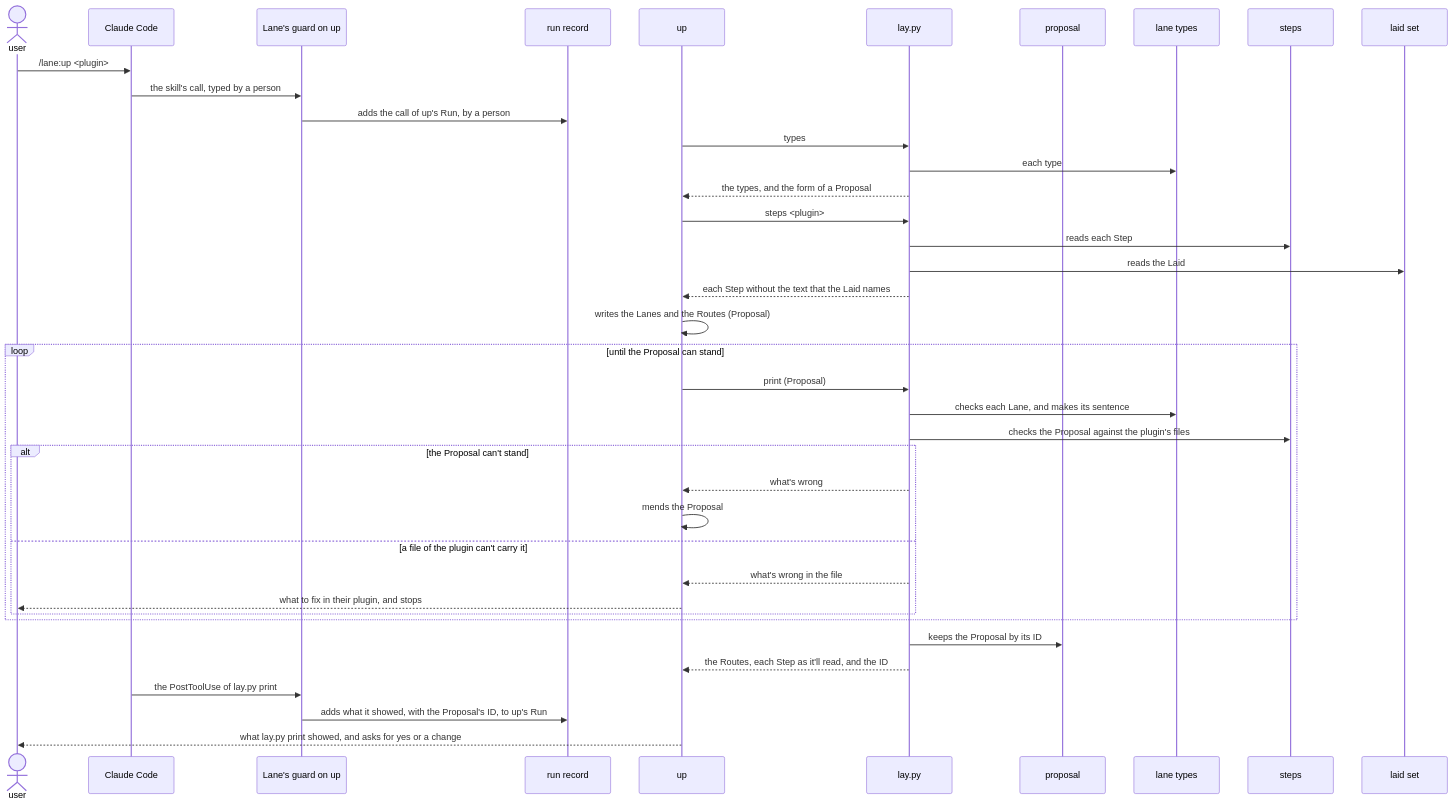
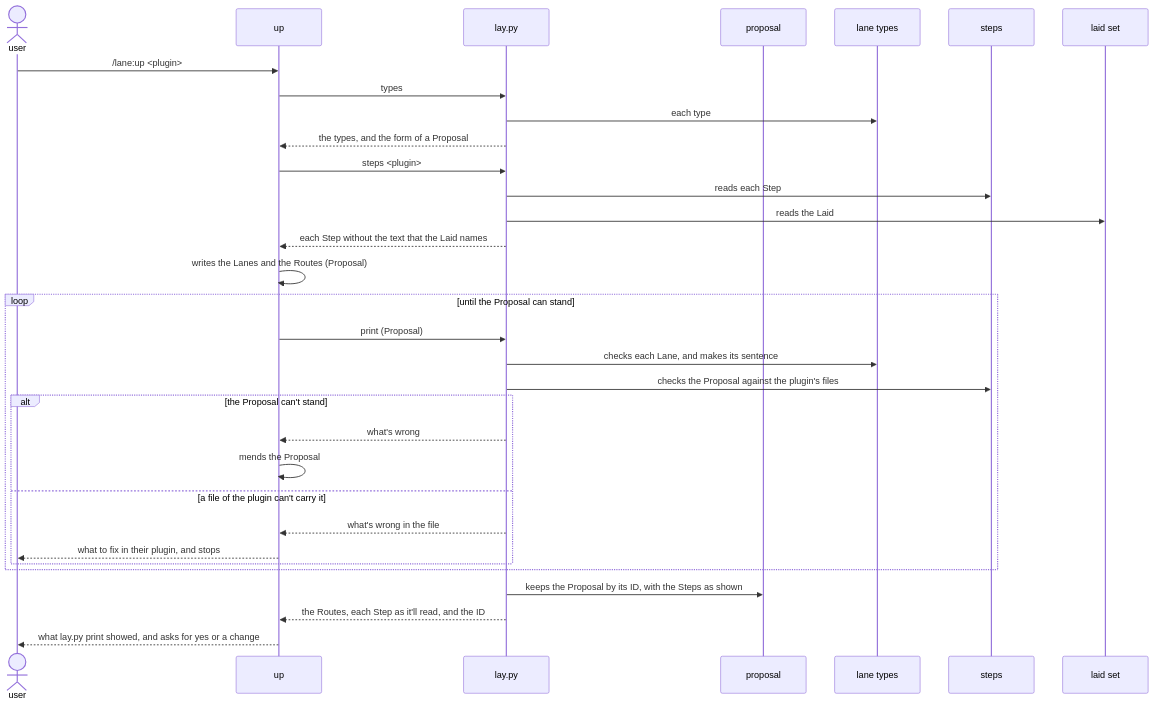
One commit to lovaizu/ccpm changed the first of 6 diagrams in dev/lane/architecture.md. Above: the diagram before and after it, drawn with Mermaid. The commit also changed other lines of this file and 4 other files, not shown here.

````diff
--- a/dev/lane/architecture.md
+++ b/dev/lane/architecture.md
@@ -216,41 +193,34 @@
 ```mermaid
 sequenceDiagram
   actor U as user
-  participant CC as Claude Code
-  participant G as Lane's guard on up
-  participant RS as run record
   participant UP as up
   participant L as lay.py
   participant P as proposal
   participant T as lane types
   participant ST as steps
   participant LS as laid set
-  U->>CC: /lane:up <plugin>
-  CC->>G: the skill's call, typed by a person
-  G->>RS: adds the call of up's Run, by a person
+  U->>UP: /lane:up <plugin>
   UP->>L: types
   L->>T: each type
   L-->>UP: the types, and the form of a Proposal
   UP->>L: steps <plugin>
   L->>ST: reads each Step
   L->>LS: reads the Laid
   L-->>UP: each Step without the text that the Laid names
   UP->>UP: writes the Lanes and the Routes (Proposal)
   loop until the Proposal can stand
     UP->>L: print (Proposal)
     L->>T: checks each Lane, and makes its sentence
     L->>ST: checks the Proposal against the plugin's files
     alt the Proposal can't stand
       L-->>UP: what's wrong
       UP->>UP: mends the Proposal
     else a file of the plugin can't carry it
       L-->>UP: what's wrong in the file
       UP-->>U: what to fix in their plugin, and stops
     end
   end
-  L->>P: keeps the Proposal by its ID
+  L->>P: keeps the Proposal by its ID, with the Steps as shown
   L-->>UP: the Routes, each Step as it'll read, and the ID
-  CC->>G: the PostToolUse of lay.py print
-  G->>RS: adds what it showed, with the Proposal's ID, to up's Run
   UP-->>U: what lay.py print showed, and asks for yes or a change
 ```
````
